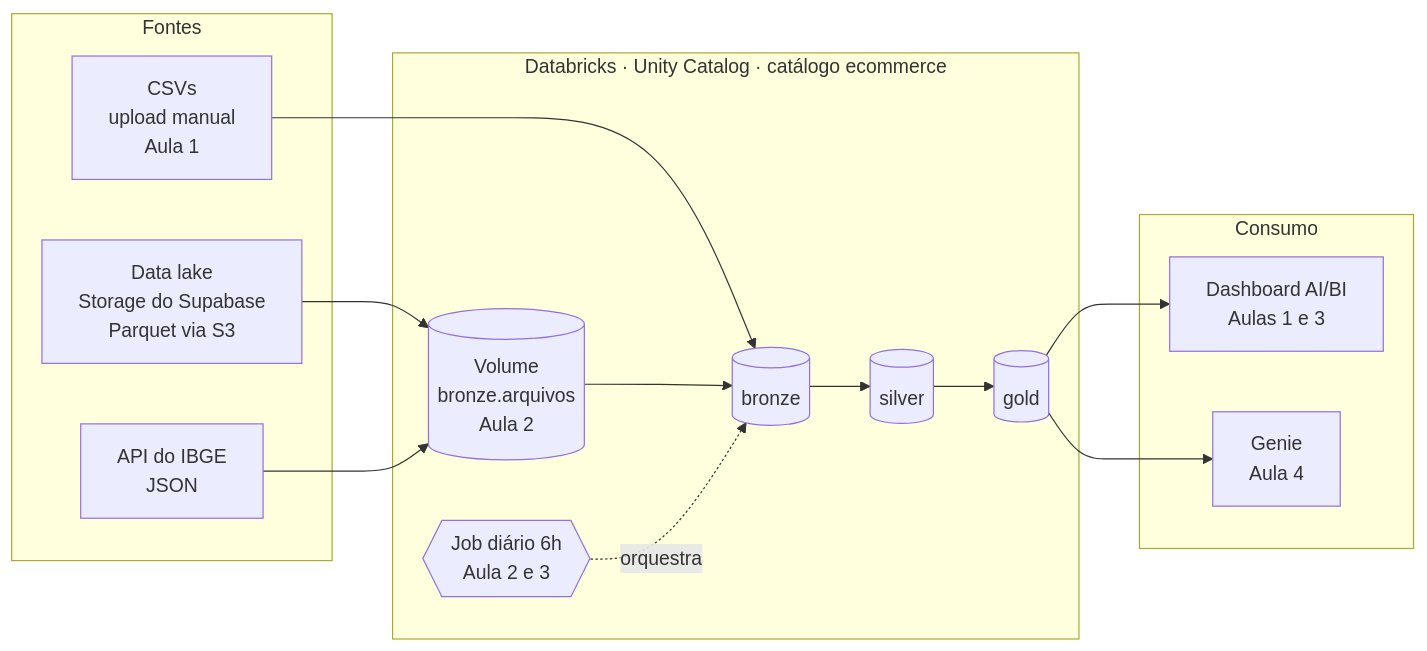
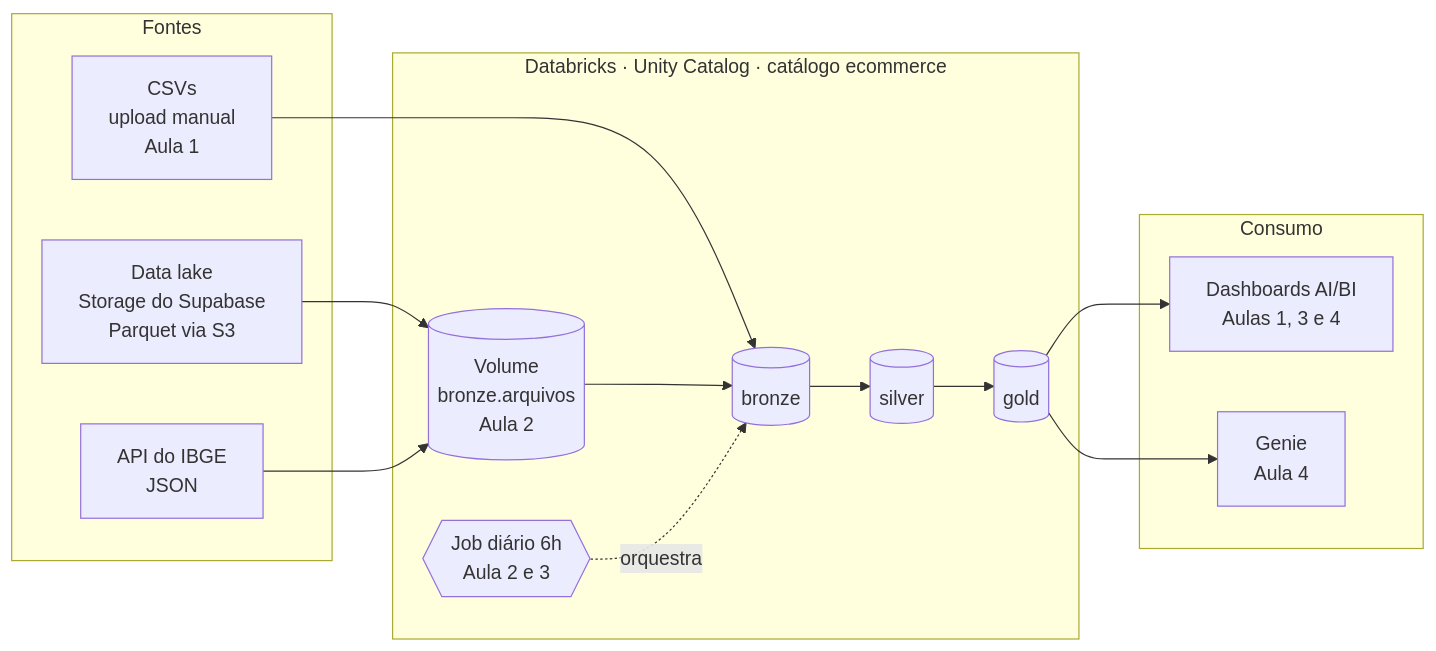
The diagram in README.md (EversonRodrigues/Imersao-Jornada-Databricks), drawn with Mermaid before and after one commit. The commit also changed other lines of this file and 17 other files, not shown here.

````diff
--- a/README.md
+++ b/README.md
@@ -42,29 +42,29 @@
 ```mermaid
 flowchart LR
     subgraph Fontes
         GH[Data lake<br/>Storage do Supabase<br/>Parquet via S3]
         API[API do IBGE<br/>JSON]
         CSV[CSVs<br/>upload manual<br/>Aula 1]
     end
 
     subgraph Databricks["Databricks · Unity Catalog · catálogo ecommerce"]
         VOL[(Volume<br/>bronze.arquivos<br/>Aula 2)]
         BR[(bronze)]
         SI[(silver)]
         GO[(gold)]
         JOB{{Job diário 6h<br/>Aula 2 e 3}}
     end
 
     subgraph Consumo
-        DASH[Dashboard AI/BI<br/>Aulas 1 e 3]
+        DASH[Dashboards AI/BI<br/>Aulas 1, 3 e 4]
         GEN[Genie<br/>Aula 4]
     end
 
     CSV --> BR
     GH --> VOL
     API --> VOL
     VOL --> BR --> SI --> GO
     JOB -.orquestra.-> BR
     GO --> DASH
     GO --> GEN
 ```
````
